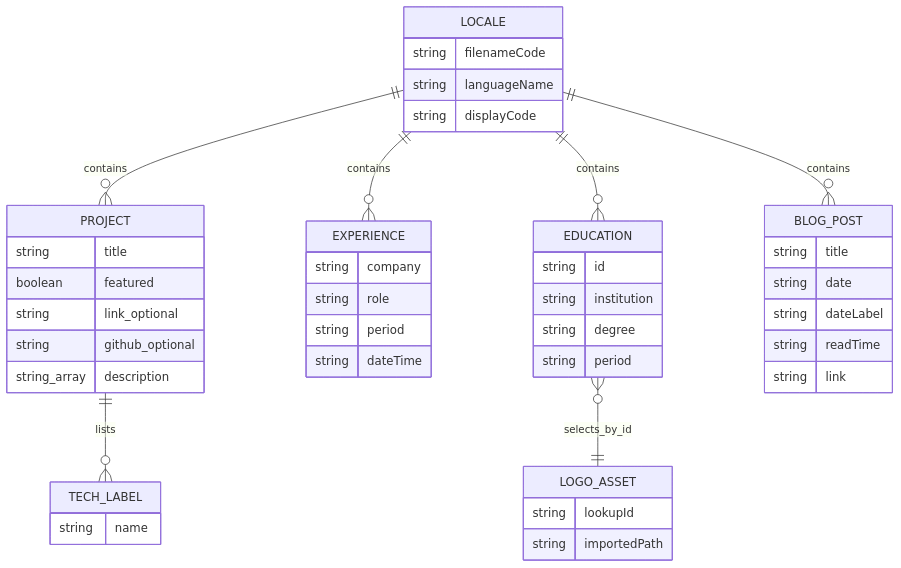
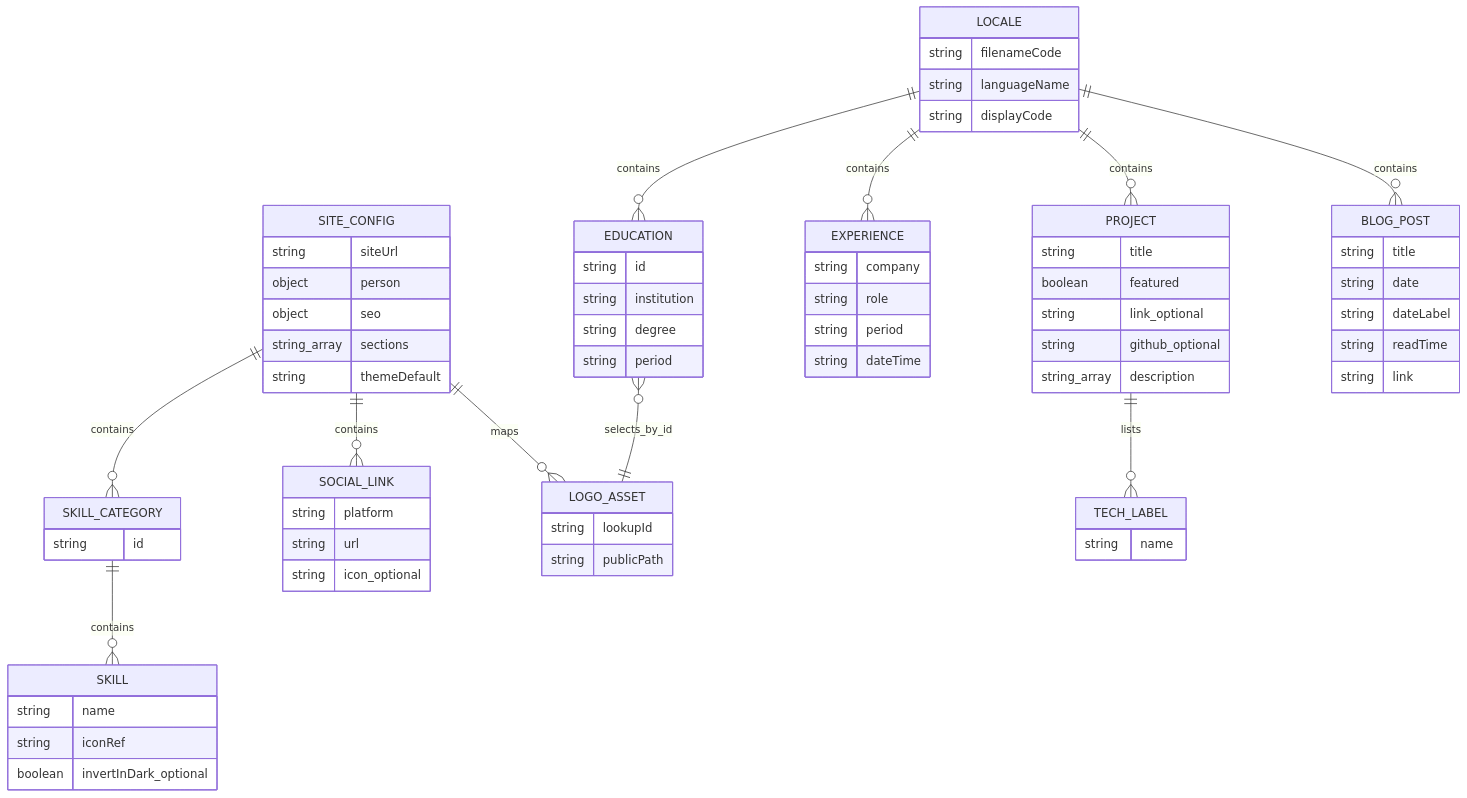
The diagram in docs/06-data-model.md (ru5iru/rusiru), drawn with Mermaid before and after one commit. The commit also changed other lines of this file and 12 other files, not shown here.

````diff
--- a/docs/06-data-model.md
+++ b/docs/06-data-model.md
@@ -29,47 +31,71 @@
 ```mermaid
 erDiagram
+    SITE_CONFIG ||--o{ SKILL_CATEGORY : contains
+    SKILL_CATEGORY ||--o{ SKILL : contains
+    SITE_CONFIG ||--o{ SOCIAL_LINK : contains
+    SITE_CONFIG ||--o{ LOGO_ASSET : maps
     LOCALE ||--o{ PROJECT : contains
     LOCALE ||--o{ EXPERIENCE : contains
     LOCALE ||--o{ EDUCATION : contains
     LOCALE ||--o{ BLOG_POST : contains
     PROJECT ||--o{ TECH_LABEL : lists
     EDUCATION }o--|| LOGO_ASSET : selects_by_id
     LOCALE {
         string filenameCode
         string languageName
         string displayCode
+    }
+    SITE_CONFIG {
+        string siteUrl
+        object person
+        object seo
+        string_array sections
+        string themeDefault
+    }
+    SKILL_CATEGORY {
+        string id
+    }
+    SKILL {
+        string name
+        string iconRef
+        boolean invertInDark_optional
+    }
+    SOCIAL_LINK {
+        string platform
+        string url
+        string icon_optional
     }
     PROJECT {
         string title
         boolean featured
         string link_optional
         string github_optional
         string_array description
     }
     EXPERIENCE {
         string company
         string role
         string period
         string dateTime
     }
     EDUCATION {
         string id
         string institution
         string degree
         string period
     }
     BLOG_POST {
         string title
         string date
         string dateLabel
         string readTime
         string link
     }
     TECH_LABEL {
         string name
     }
     LOGO_ASSET {
         string lookupId
-        string importedPath
+        string publicPath
     }
 ```
````
